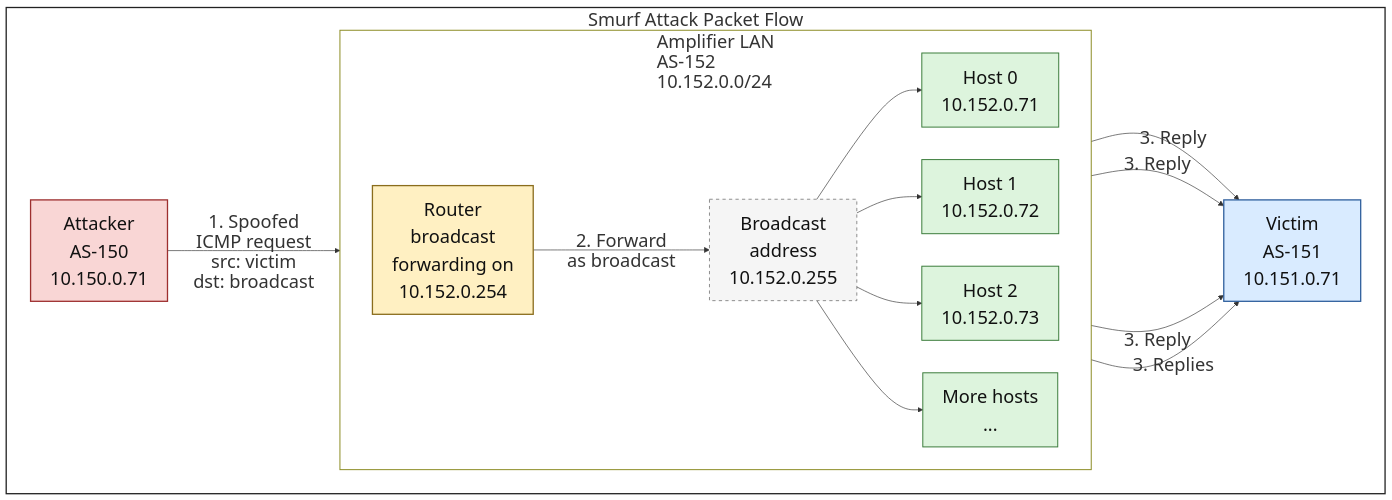
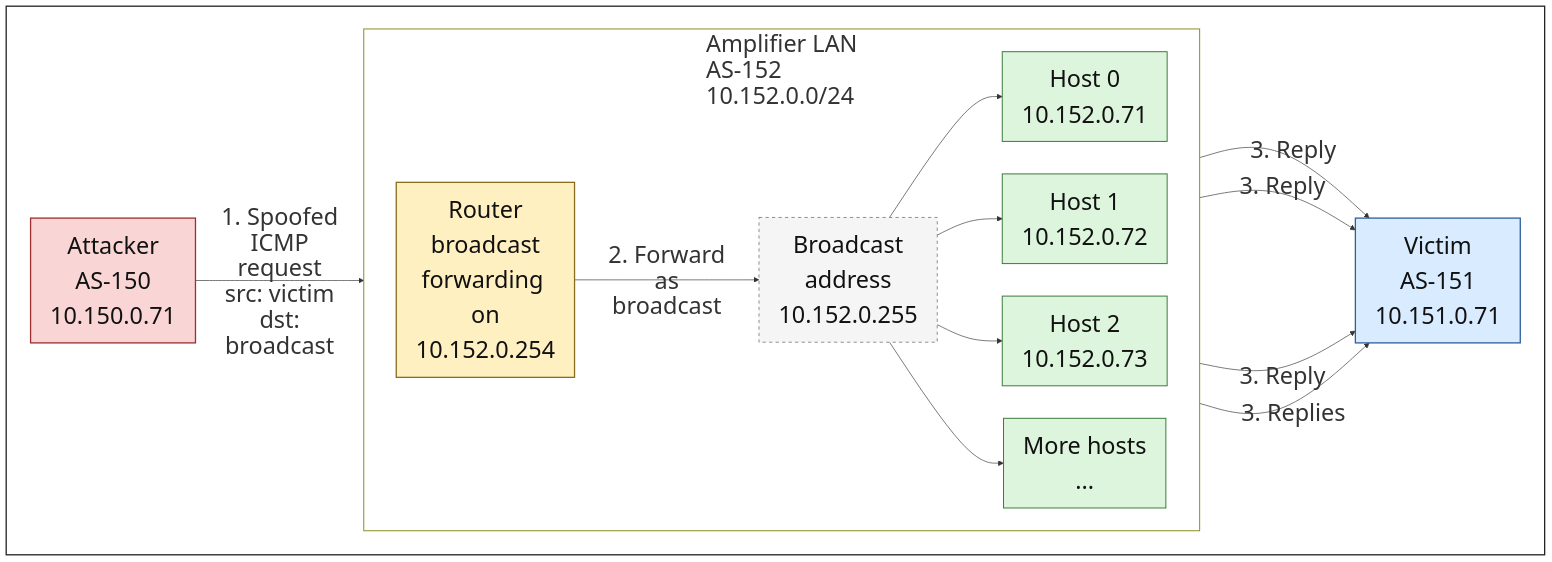
One commit to seed-labs/seed-labs changed the diagram in category-network/Smurf_Attack/Figs/smurf_attack.mmd. Above: the diagram before and after it, drawn with Mermaid. The commit also changed 5 other files, not shown here.

Commit message:
revised the figure

```diff
--- a/category-network/Smurf_Attack/Figs/smurf_attack.mmd
+++ b/category-network/Smurf_Attack/Figs/smurf_attack.mmd
@@ -1,43 +1,43 @@
-%%{init: {"flowchart": {"htmlLabels": false}, "themeVariables": {"fontSize": "28px", "edgeLabelBackground": "transparent"}}}%%
+%%{init: {"flowchart": {"htmlLabels": false}, "themeVariables": {"fontSize": "36px", "edgeLabelBackground": "transparent"}}}%%
 flowchart LR
-    subgraph whole["Smurf Attack Packet Flow"]
+    subgraph whole[" "]
         direction LR
         attacker["Attacker<br/>AS-150<br/>10.150.0.71"]
         victim["Victim<br/>AS-151<br/>10.151.0.71"]
 
         subgraph amp["Amplifier LAN<br/>AS-152<br/>10.152.0.0/24"]
             direction LR
             router["Router<br/>broadcast<br/>forwarding on<br/>10.152.0.254"]
             broadcast["Broadcast<br/>address<br/>10.152.0.255"]
             h1["Host 0<br/>10.152.0.71"]
             h2["Host 1<br/>10.152.0.72"]
             h3["Host 2<br/>10.152.0.73"]
             hn["More hosts<br/>..."]
         end
 
         attacker -- "1. Spoofed<br/>ICMP request<br/>src: victim<br/>dst: broadcast" --> router
         router -- "2. Forward<br/>as broadcast" --> broadcast
         broadcast --> h1
         broadcast --> h2
         broadcast --> h3
         broadcast --> hn
 
         h1 -- "3. Reply" --> victim
         h2 -- "3. Reply" --> victim
         h3 -- "3. Reply" --> victim
         hn -- "3. Replies" --> victim
     end
 
     style whole fill:transparent,stroke:#222,stroke-width:2px
     style amp fill:transparent,stroke:#8a8a20,stroke-width:1.5px
     classDef attacker fill:#f9d6d5,stroke:#9d2f2f,stroke-width:2px,color:#111;
     classDef victim fill:#d9ebff,stroke:#2f5f9d,stroke-width:2px,color:#111;
     classDef router fill:#fff0c2,stroke:#8a6d1d,stroke-width:2px,color:#111;
     classDef host fill:#ddf4dd,stroke:#387a38,stroke-width:1.5px,color:#111;
     classDef broadcast fill:#f5f5f5,stroke:#555,stroke-dasharray:5 5,color:#111;
 
     class attacker attacker;
     class victim victim;
     class router router;
     class h1,h2,h3,hn host;
     class broadcast broadcast;
```
